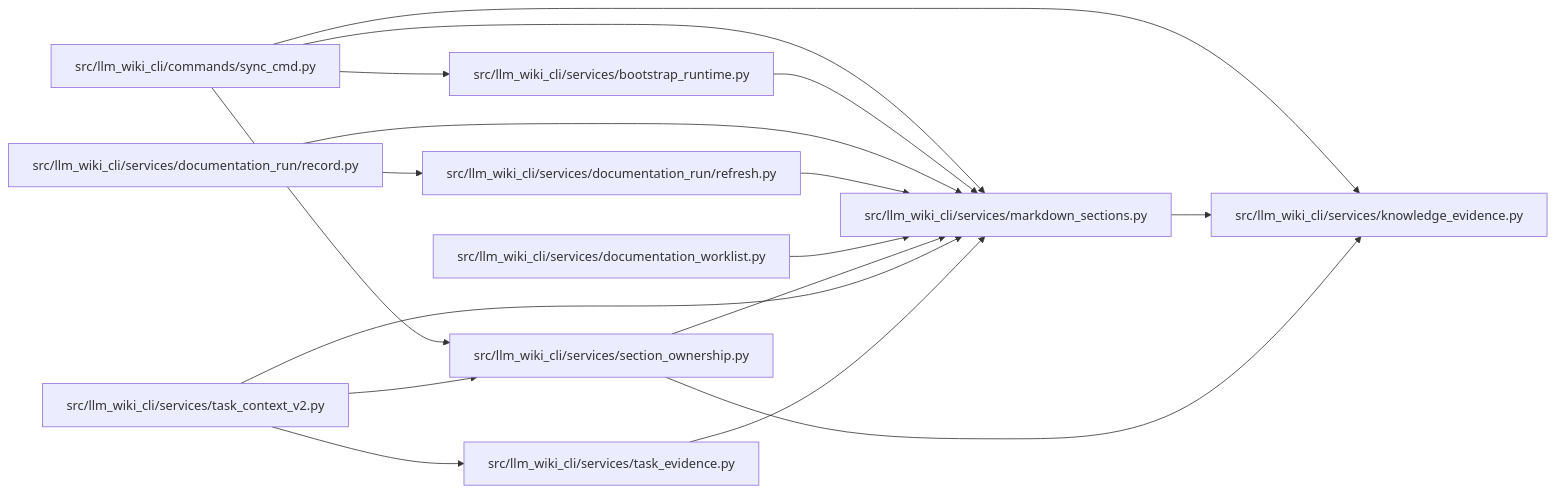
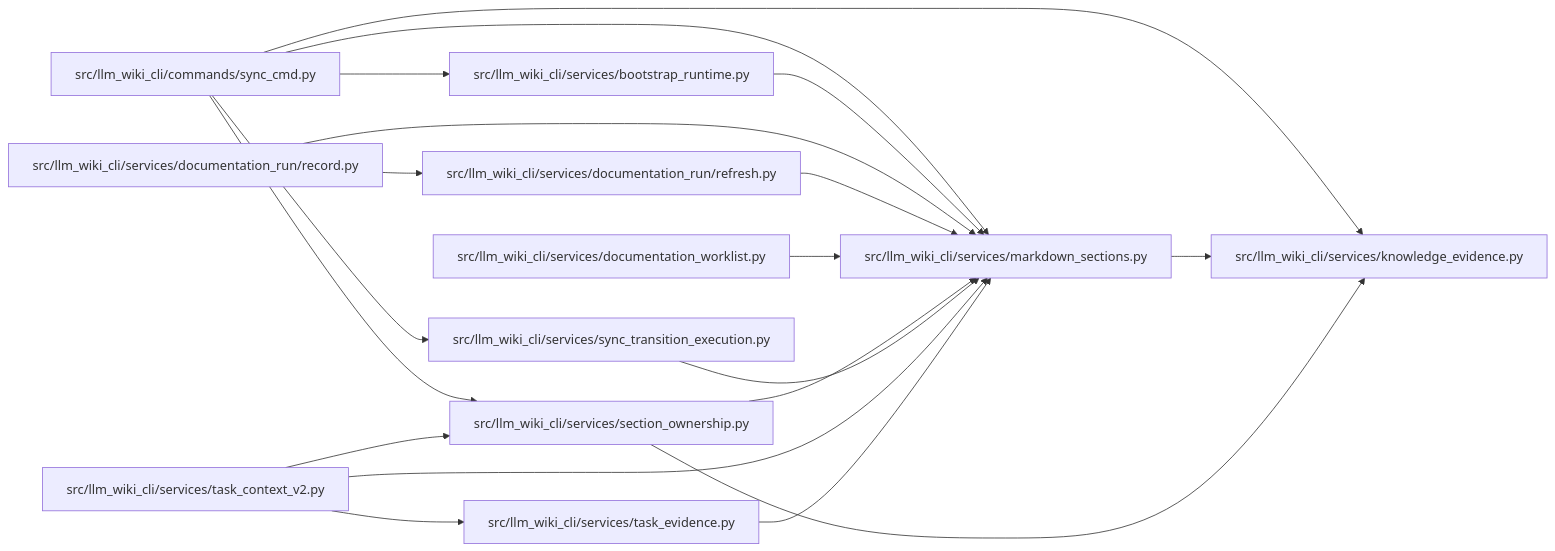
Before and after one commit to Denissvgn/python-wiki-llm: the diagram in docs/llm_wiki/modules/markdown_sections.md, drawn with Mermaid. The commit also changed other lines of this file and 258 other files, not shown here.

````diff
--- a/docs/llm_wiki/modules/markdown_sections.md
+++ b/docs/llm_wiki/modules/markdown_sections.md
@@ -33,39 +33,43 @@
 ```mermaid
 flowchart LR
     n0["src/llm_wiki_cli/commands/sync_cmd.py"]
     n1["src/llm_wiki_cli/services/bootstrap_runtime.py"]
     n2["src/llm_wiki_cli/services/documentation_run/record.py"]
     n3["src/llm_wiki_cli/services/documentation_run/refresh.py"]
     n4["src/llm_wiki_cli/services/documentation_worklist.py"]
     n5["src/llm_wiki_cli/services/knowledge_evidence.py"]
     n6["src/llm_wiki_cli/services/markdown_sections.py"]
     n7["src/llm_wiki_cli/services/section_ownership.py"]
-    n8["src/llm_wiki_cli/services/task_context_v2.py"]
-    n9["src/llm_wiki_cli/services/task_evidence.py"]
+    n8["src/llm_wiki_cli/services/sync_transition_execution.py"]
+    n9["src/llm_wiki_cli/services/task_context_v2.py"]
+    n10["src/llm_wiki_cli/services/task_evidence.py"]
     n0 --> n1
     n0 --> n5
     n0 --> n6
     n0 --> n7
+    n0 --> n8
     n1 --> n6
     n2 --> n3
     n2 --> n6
     n3 --> n6
     n4 --> n6
     n6 --> n5
     n7 --> n5
     n7 --> n6
     n8 --> n6
-    n8 --> n7
-    n8 --> n9
     n9 --> n6
+    n9 --> n7
+    n9 --> n10
+    n10 --> n6
     click n0 "../modules/sync_cmd.md"
     click n1 "../modules/bootstrap_runtime.md"
     click n2 "../modules/record.md"
     click n3 "../modules/refresh.md"
     click n4 "../modules/documentation_worklist.md"
     click n5 "../modules/knowledge_evidence.md"
     click n6 "../modules/markdown_sections.md"
     click n7 "../modules/section_ownership.md"
-    click n8 "../modules/task_context_v2.md"
-    click n9 "../modules/task_evidence.md"
+    click n8 "../modules/sync_transition_execution.md"
+    click n9 "../modules/task_context_v2.md"
+    click n10 "../modules/task_evidence.md"
 ```
````
